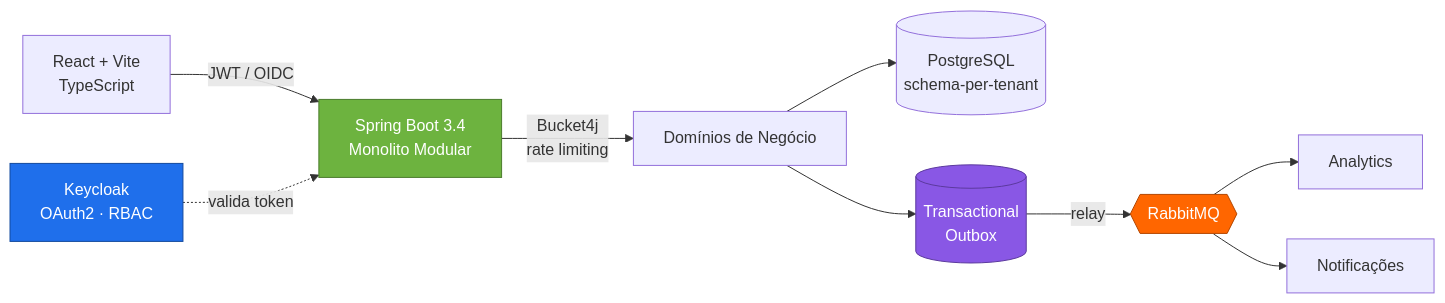
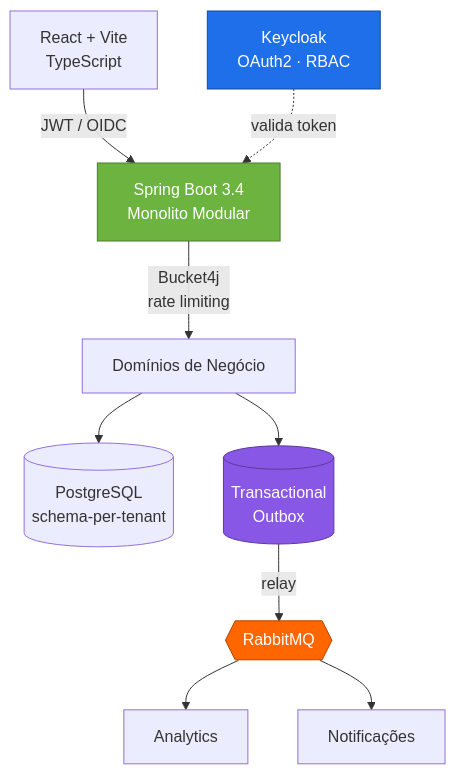
One commit to danilofranco1990/danilofranco1990 changed the first of 2 diagrams in README.pt-BR.md. Above: the diagram before and after it, drawn with Mermaid. The commit also changed other lines of this file and 1 other file, not shown here.

First line of the commit message:
Vira os diagramas Mermaid para orientacao vertical

````diff
--- a/README.pt-BR.md
+++ b/README.pt-BR.md
@@ -70,16 +70,16 @@
 ```mermaid
-flowchart LR
+flowchart TB
     UI["React + Vite<br/>TypeScript"] -->|"JWT / OIDC"| API["Spring Boot 3.4<br/>Monolito Modular"]
     KC["Keycloak<br/>OAuth2 · RBAC"] -.->|"valida token"| API
     API -->|"Bucket4j<br/>rate limiting"| DOM["Domínios de Negócio"]
     DOM --> DB[("PostgreSQL<br/>schema-per-tenant")]
     DOM --> OBX[("Transactional<br/>Outbox")]
     OBX -->|"relay"| MQ{{"RabbitMQ"}}
     MQ --> AN["Analytics"]
     MQ --> NF["Notificações"]
 
     style API fill:#6DB33F,stroke:#4A7C2C,color:#fff
     style KC fill:#1F6FEB,stroke:#134a9e,color:#fff
     style MQ fill:#FF6600,stroke:#b34700,color:#fff
     style OBX fill:#8957E5,stroke:#5c3a9e,color:#fff
 ```
````
